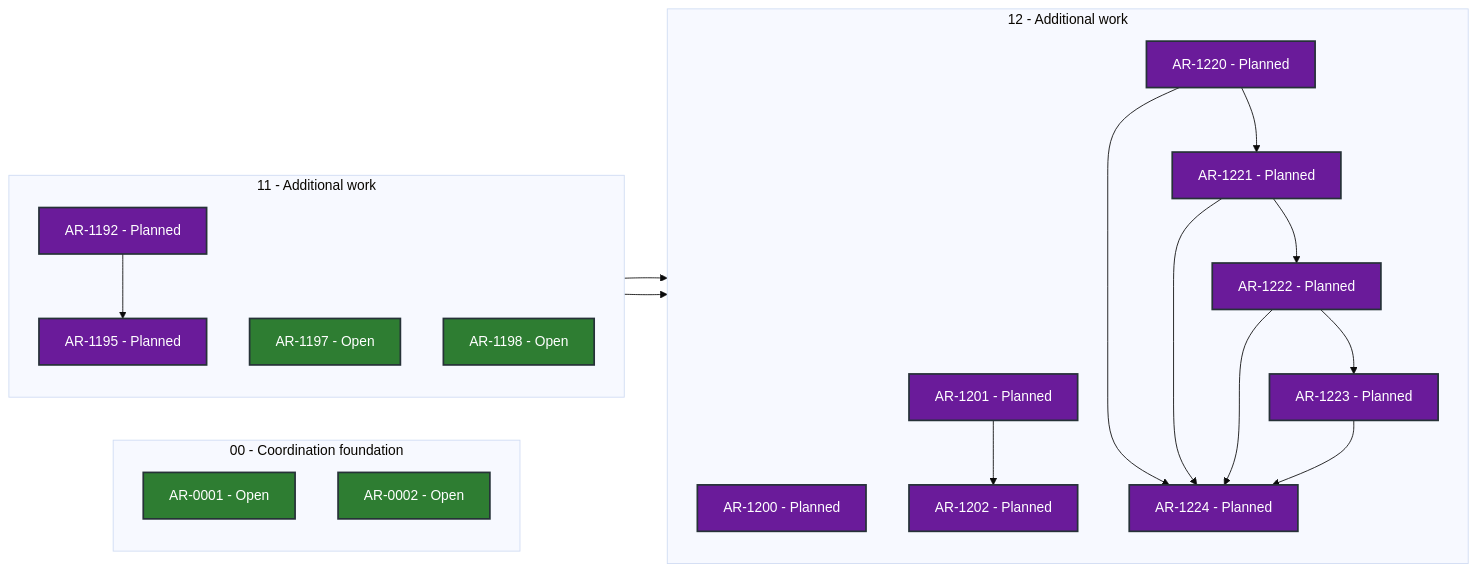
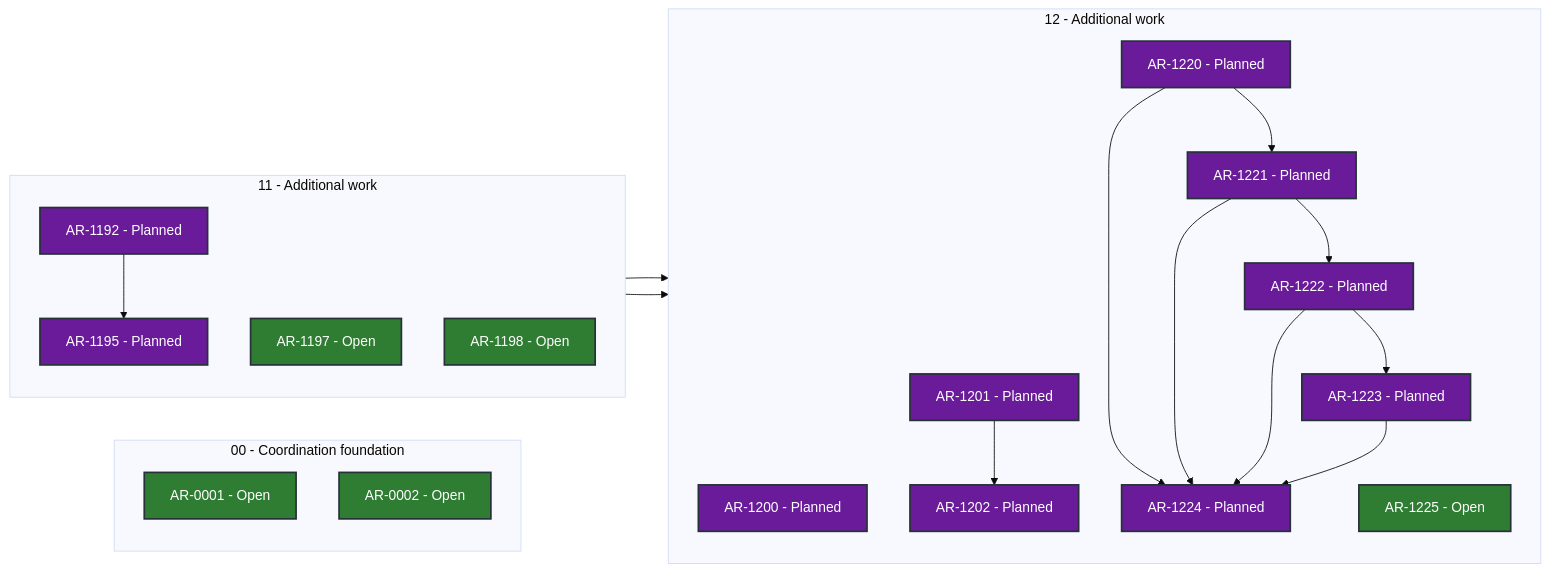
One commit to martin-beck/asb-tui-state changed the diagram in STATUS.md. Above: the diagram before and after it, drawn with Mermaid (base theme). The commit also changed other lines of this file and 1 other file, not shown here.

````diff
--- a/STATUS.md
+++ b/STATUS.md
@@ -27,45 +27,46 @@
 ```mermaid
 flowchart LR
     subgraph series_00["00 - Coordination foundation"]
         direction TB
         AR_0001["AR-0001 - Open"]:::status_open
         AR_0002["AR-0002 - Open"]:::status_open
     end
     subgraph series_11["11 - Additional work"]
         direction TB
         AR_1192["AR-1192 - Planned"]:::status_planned
         AR_1195["AR-1195 - Planned"]:::status_planned
         AR_1197["AR-1197 - Open"]:::status_open
         AR_1198["AR-1198 - Open"]:::status_open
     end
     subgraph series_12["12 - Additional work"]
         direction TB
         AR_1200["AR-1200 - Planned"]:::status_planned
         AR_1201["AR-1201 - Planned"]:::status_planned
         AR_1202["AR-1202 - Planned"]:::status_planned
         AR_1220["AR-1220 - Planned"]:::status_planned
         AR_1221["AR-1221 - Planned"]:::status_planned
         AR_1222["AR-1222 - Planned"]:::status_planned
         AR_1223["AR-1223 - Planned"]:::status_planned
         AR_1224["AR-1224 - Planned"]:::status_planned
+        AR_1225["AR-1225 - Open"]:::status_open
     end
     AR_1192 --> AR_1195
     AR_1195 --> AR_1200
     AR_1197 --> AR_1201
     AR_1201 --> AR_1202
     AR_1220 --> AR_1221
     AR_1220 --> AR_1224
     AR_1221 --> AR_1222
     AR_1221 --> AR_1224
     AR_1222 --> AR_1223
     AR_1222 --> AR_1224
     AR_1223 --> AR_1224
     classDef status_in_progress fill:#1565c0,color:#ffffff,stroke:#263238,stroke-width:2px
     classDef status_open fill:#2e7d32,color:#ffffff,stroke:#263238,stroke-width:2px
     classDef status_blocked fill:#c62828,color:#ffffff,stroke:#263238,stroke-width:2px
     classDef status_planned fill:#6a1b9a,color:#ffffff,stroke:#263238,stroke-width:2px
     classDef status_future fill:#455a64,color:#ffffff,stroke:#263238,stroke-width:2px
     classDef status_done fill:#00695c,color:#ffffff,stroke:#263238,stroke-width:2px
     classDef status_cancelled fill:#616161,color:#ffffff,stroke:#263238,stroke-width:2px
     classDef status_superseded fill:#5d4037,color:#ffffff,stroke:#263238,stroke-width:2px
 ```
````
